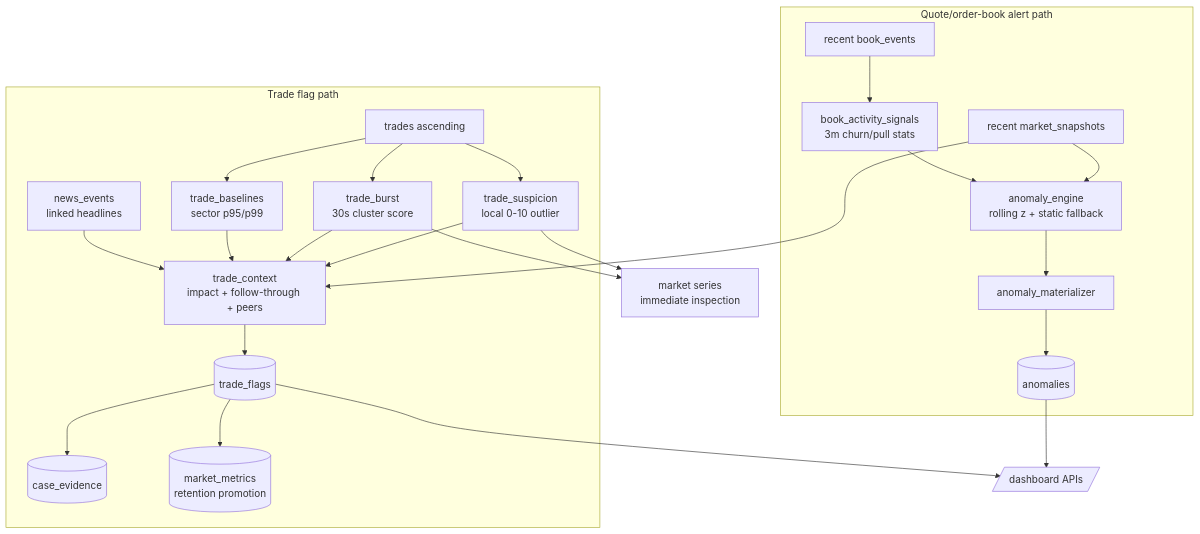
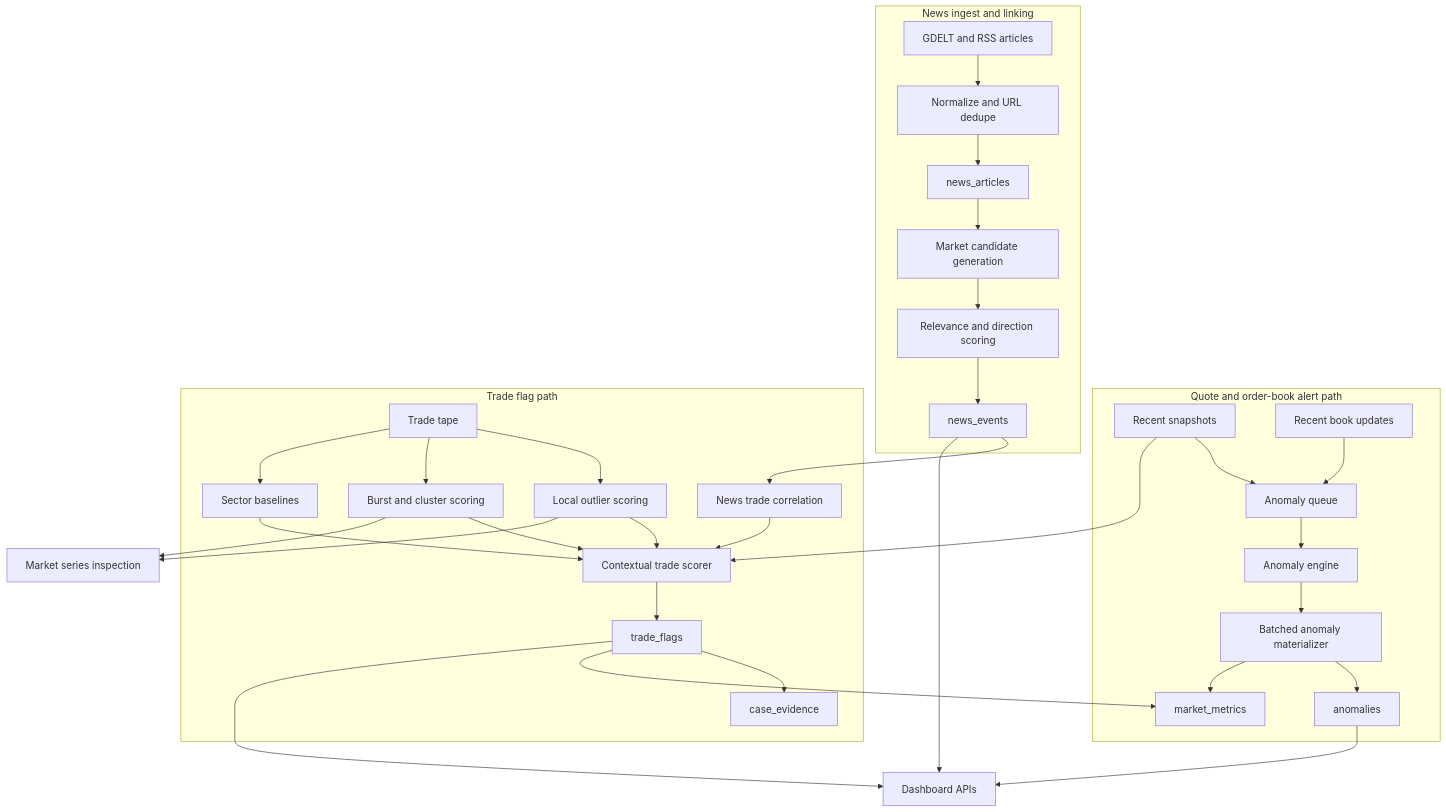
The third of 3 diagrams in README.md (hong-david/predictionmarkets), drawn with Mermaid before and after one commit. The commit also changed other lines of this file and 67 other files, not shown here.

````diff
--- a/README.md
+++ b/README.md
@@ -175,29 +177,40 @@
 ```mermaid
 flowchart TD
-  subgraph QUOTE[Quote/order-book alert path]
-    SN[recent market_snapshots] --> AE[anomaly_engine\nrolling z + static fallback]
-    BE[recent book_events] --> BS[book_activity_signals\n3m churn/pull stats]
-    BS --> AE
-    AE --> AM[anomaly_materializer]
-    AM --> AN[(anomalies)]
+  subgraph QuotePath["Quote and order-book alert path"]
+    SN["Recent snapshots"] --> AQ["Anomaly queue"]
+    BE["Recent book updates"] --> AQ
+    AQ --> AE["Anomaly engine"]
+    AE --> AM["Batched anomaly materializer"]
+    AM --> AN["anomalies"]
+    AM --> MM["market_metrics"]
   end
 
-  subgraph TRADE[Trade flag path]
-    TR[trades ascending] --> TS[trade_suspicion\nlocal 0-10 outlier]
-    TR --> TB[trade_burst\n30s cluster score]
-    TR --> BL[trade_baselines\nsector p95/p99]
-    TS --> TC[trade_context\nimpact + follow-through + peers]
+  subgraph NewsPath["News ingest and linking"]
+    RAWNEWS["GDELT and RSS articles"] --> NA["Normalize and URL dedupe"]
+    NA --> NP["news_articles"]
+    NP --> NL["Market candidate generation"]
+    NL --> NR["Relevance and direction scoring"]
+    NR --> NE["news_events"]
+  end
+
+  subgraph TradePath["Trade flag path"]
+    TR["Trade tape"] --> TS["Local outlier scoring"]
+    TR --> TB["Burst and cluster scoring"]
+    TR --> BL["Sector baselines"]
+    TS --> TC["Contextual trade scorer"]
     TB --> TC
     BL --> TC
     SN --> TC
-    NE[news_events\nlinked headlines] --> TC
-    TC --> TF[(trade_flags)]
-    TF --> CE[(case_evidence)]
-    TF --> MM[(market_metrics\nretention promotion)]
+    NE --> NT["News trade correlation"]
+    NT --> TC
+    TC --> TF["trade_flags"]
+    TF --> CE["case_evidence"]
+    TF --> MM
   end
 
-  AN --> API3[/dashboard APIs/]
+  AN --> API3["Dashboard APIs"]
+  NE --> API3
   TF --> API3
-  TS --> SER[market series\nimmediate inspection]
+  TS --> SER["Market series inspection"]
   TB --> SER
 ```
````
